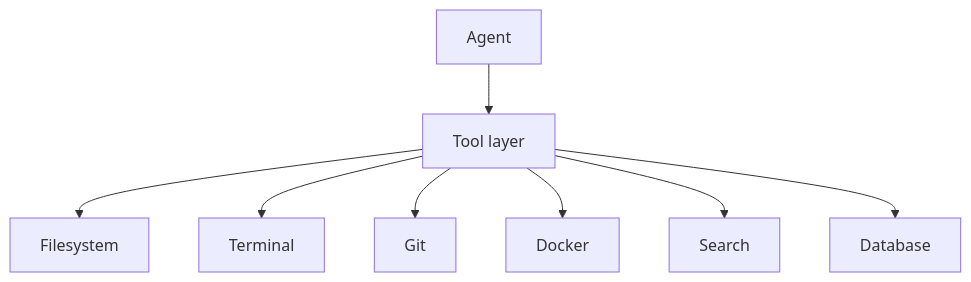
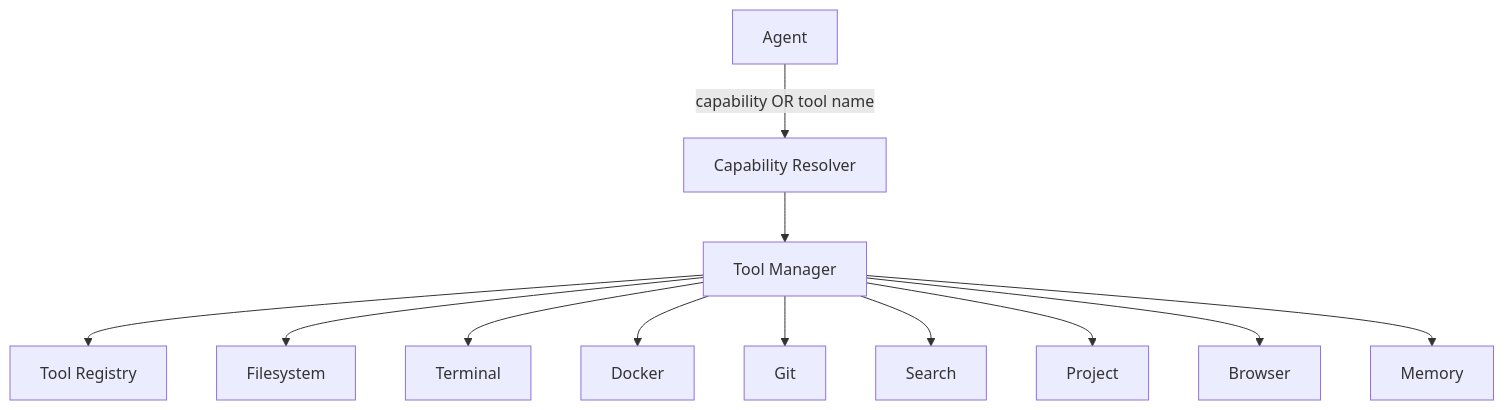
One commit to PSRajput3377/ForgeAI changed the diagram in docs/tools.md. Above: the diagram before and after it, drawn with Mermaid. The commit also changed other lines of this file and 27 other files, not shown here.

````diff
--- a/docs/tools.md
+++ b/docs/tools.md
@@ -9,10 +13,14 @@
 ```mermaid
 flowchart TD
-    AG[Agent] --> TM[Tool layer]
+    AG[Agent] -->|"capability OR tool name"| CR[Capability Resolver]
+    CR --> TM[Tool Manager]
+    TM --> REG[Tool Registry]
     TM --> FS[Filesystem]
     TM --> TERM[Terminal]
+    TM --> DOCK[Docker]
     TM --> GIT[Git]
-    TM --> DOCK[Docker]
     TM --> SRCH[Search]
-    TM --> DB[Database]
+    TM --> PROJ[Project]
+    TM --> BR[Browser]
+    TM --> MEM[Memory]
 ```
````
